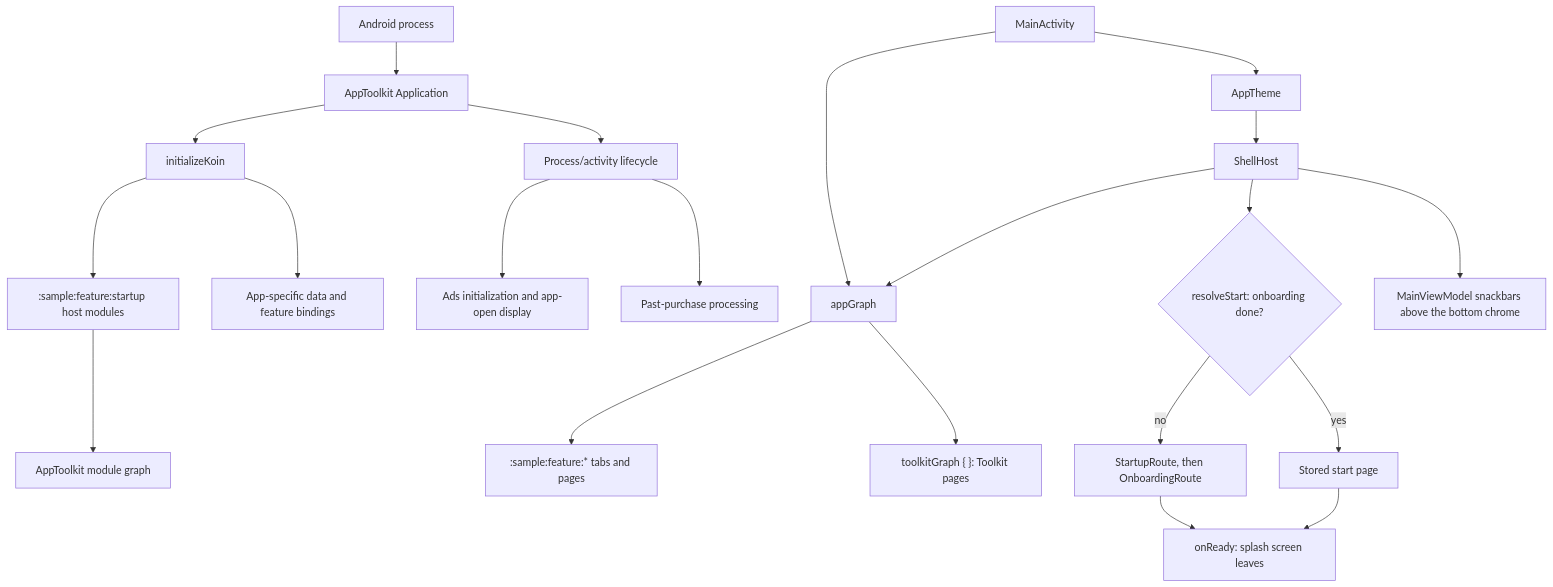
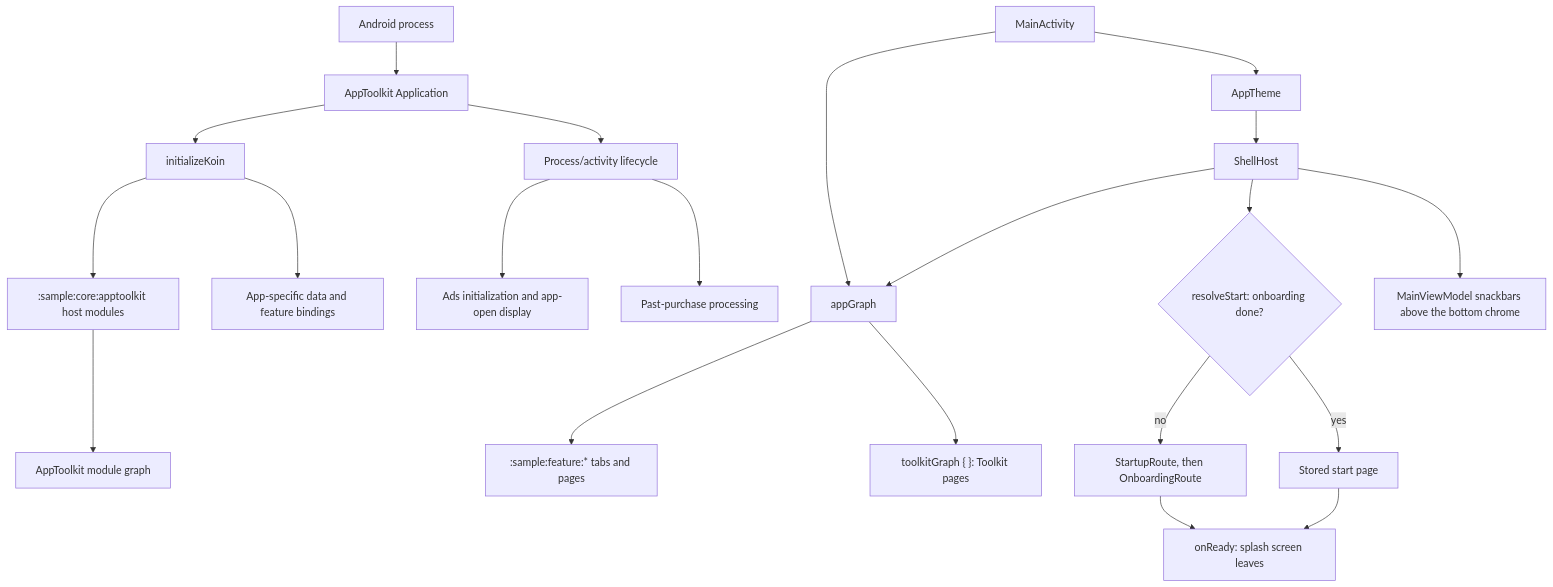
The diagram in sample/app/README.md (MihaiCristianCondrea/App-Toolkit-for-Android), drawn with Mermaid before and after one commit. The commit also changed other lines of this file and 29 other files, not shown here.

First line of the commit message:
Gather the sample's App Toolkit setup in :sample:core:apptoolkit

````diff
--- a/sample/app/README.md
+++ b/sample/app/README.md
@@ -62,23 +62,23 @@
 ```mermaid
 flowchart TD
     Process[Android process] --> App[AppToolkit Application]
     App --> Koin[initializeKoin]
-    Koin --> Adapter[":sample:feature:startup host modules"]
+    Koin --> Adapter[":sample:core:apptoolkit host modules"]
     Adapter --> AppToolkit[AppToolkit module graph]
     Koin --> HostModules[App-specific data and feature bindings]
     App --> Lifecycle[Process/activity lifecycle]
     Lifecycle --> Ads[Ads initialization and app-open display]
     Lifecycle --> Billing[Past-purchase processing]
     Launcher[MainActivity] --> Theme[AppTheme]
     Theme --> Host[ShellHost]
     Launcher --> Graph[appGraph]
     Graph --> HostPages[":sample:feature:* tabs and pages"]
     Graph --> ToolkitPages["toolkitGraph { }: Toolkit pages"]
     Host --> Graph
     Host --> Start{resolveStart: onboarding done?}
     Start -->|no| FirstRun[StartupRoute, then OnboardingRoute]
     Start -->|yes| Stored[Stored start page]
     FirstRun --> Ready[onReady: splash screen leaves]
     Stored --> Ready
     Host --> Snackbars[MainViewModel snackbars above the bottom chrome]
 ```
````
